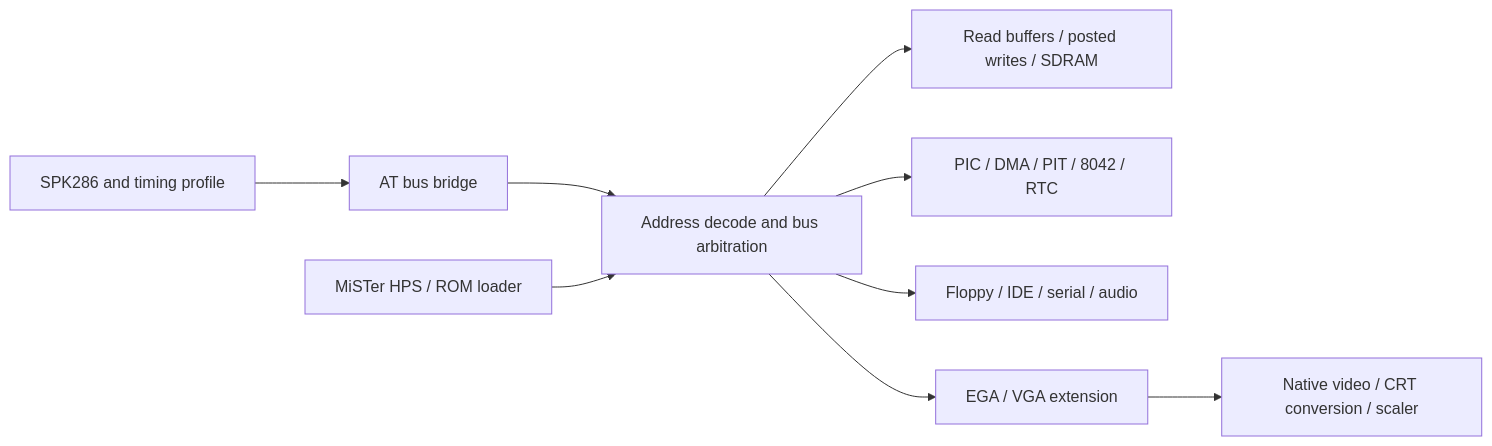
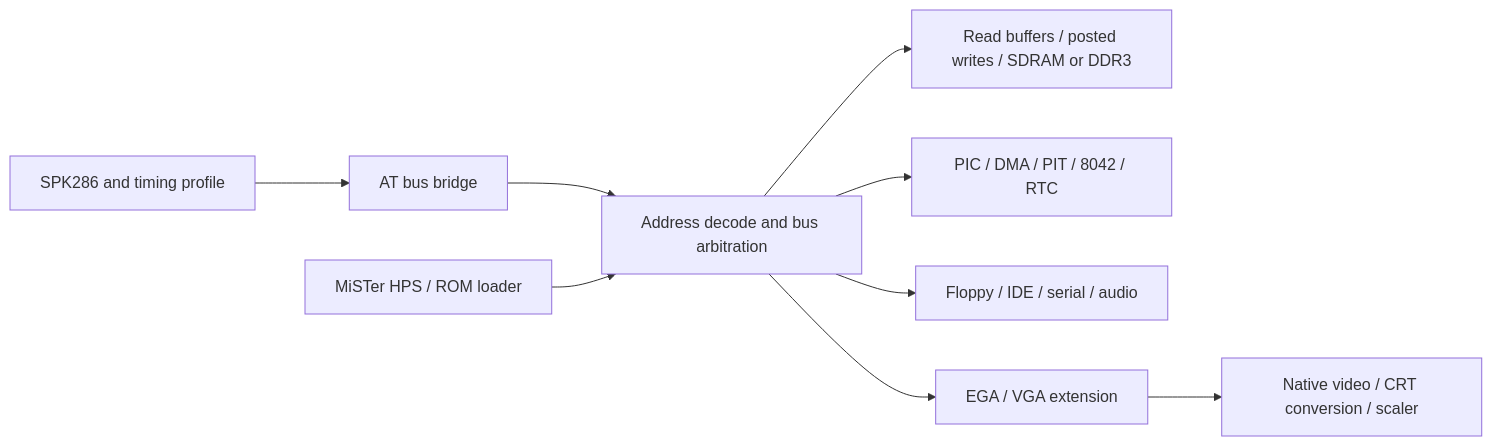
One commit to MiSTer-devel/PCAT-286_MiSTer changed the diagram in README.md. Above: the diagram before and after it, drawn with Mermaid. The commit also changed other lines of this file and 16 other files, not shown here.

````diff
--- a/README.md
+++ b/README.md
@@ -67,11 +68,11 @@
 ```mermaid
 flowchart LR
     CPU[SPK286 and timing profile] --> Bus[AT bus bridge]
     Bus --> Machine[Address decode and bus arbitration]
     HPS[MiSTer HPS / ROM loader] --> Machine
-    Machine --> RAM[Read buffers / posted writes / SDRAM]
+    Machine --> RAM[Read buffers / posted writes / SDRAM or DDR3]
     Machine --> Chipset[PIC / DMA / PIT / 8042 / RTC]
     Machine --> Devices[Floppy / IDE / serial / audio]
     Machine --> Video[EGA / VGA extension]
     Video --> Output[Native video / CRT conversion / scaler]
 ```
````
